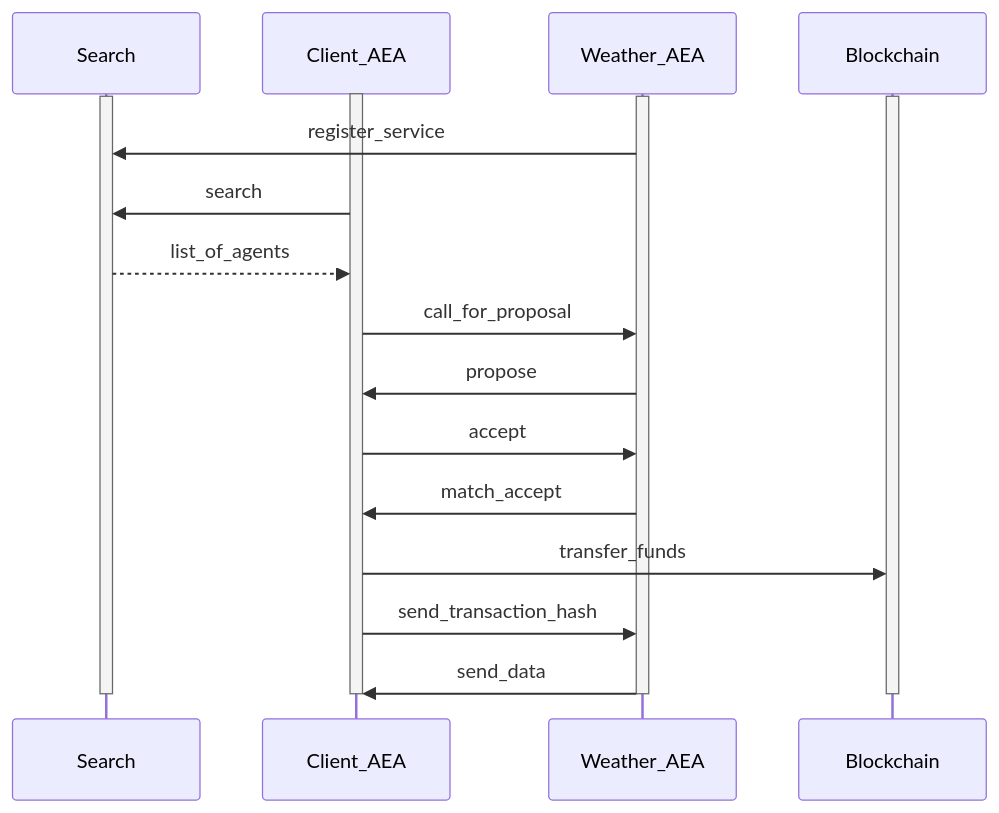
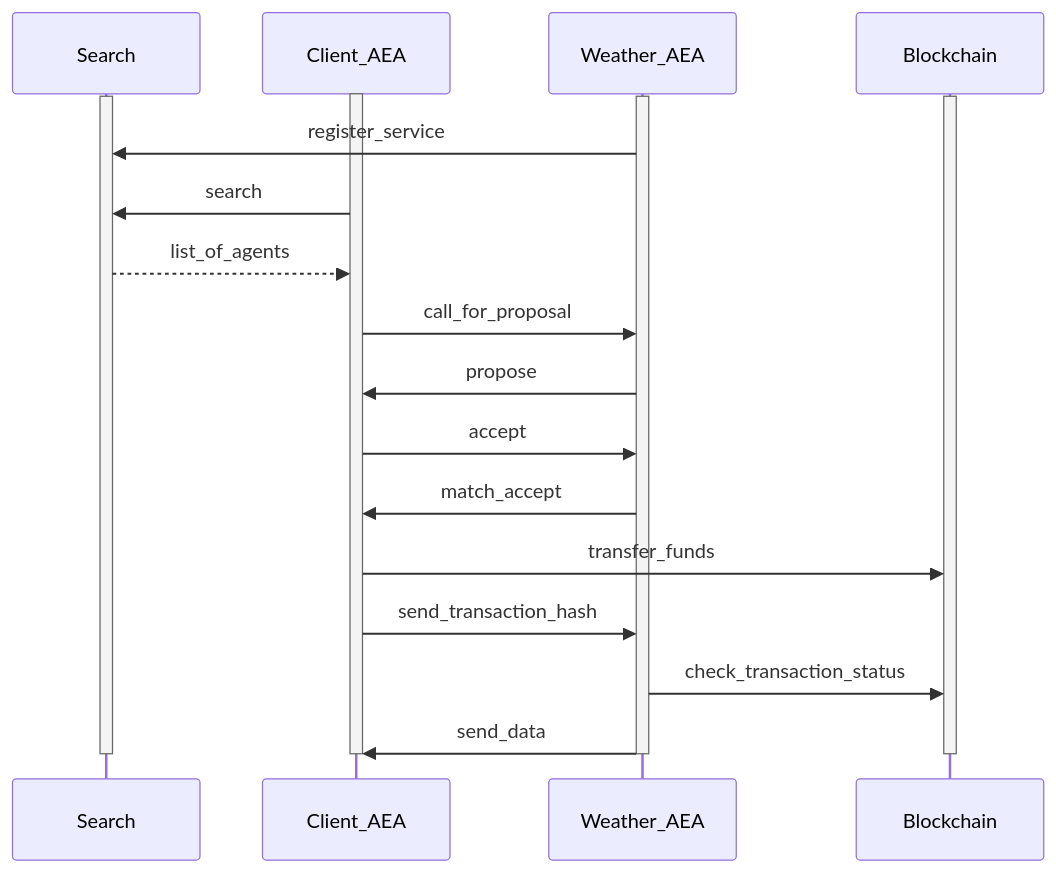
The second of 2 diagrams in docs/weather-skills.md (legendarydeveloper919/agents-aea), drawn with Mermaid before and after one commit. The commit also changed other lines of this file and 7 other files, not shown here.

```diff
--- a/docs/weather-skills.md
+++ b/docs/weather-skills.md
@@ -313,29 +313,30 @@
 <div class="mermaid">
     sequenceDiagram
         participant Search
         participant Client_AEA
         participant Weather_AEA
         participant Blockchain
     
         activate Client_AEA
         activate Search
         activate Weather_AEA
         activate Blockchain
         
         Weather_AEA->>Search: register_service
         Client_AEA->>Search: search
         Search-->>Client_AEA: list_of_agents
         Client_AEA->>Weather_AEA: call_for_proposal
         Weather_AEA->>Client_AEA: propose
         Client_AEA->>Weather_AEA: accept
         Weather_AEA->>Client_AEA: match_accept
         Client_AEA->>Blockchain: transfer_funds
         Client_AEA->>Weather_AEA: send_transaction_hash
+        Weather_AEA->>Blockchain: check_transaction_status
         Weather_AEA->>Client_AEA: send_data
         
         deactivate Client_AEA
         deactivate Search
         deactivate Weather_AEA
         deactivate Blockchain
        
 </div>
```
